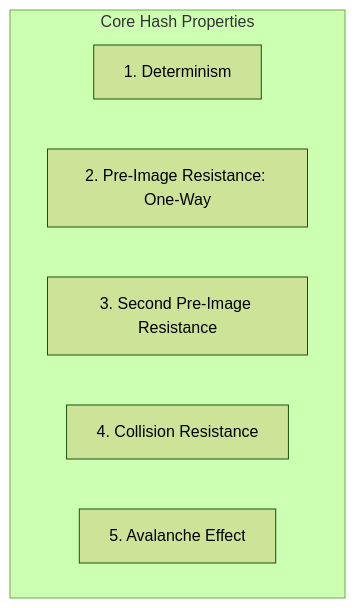
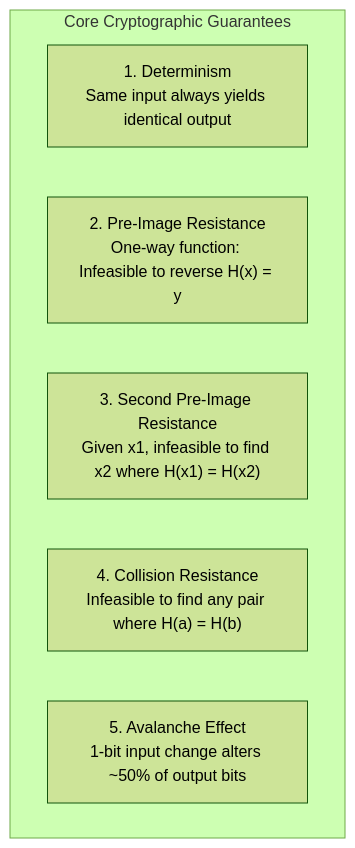
One commit to ub-society/modules changed the second of 6 diagrams in docs/learn/fundamentals/01-distributed-trust/02-cryptographic-hash-functions-and-merkle-trees.md. Above: the diagram before and after it, drawn with Mermaid (forest theme). The commit also changed other lines of this file and 3 other files, not shown here.

````diff
--- a/docs/learn/fundamentals/01-distributed-trust/02-cryptographic-hash-functions-and-merkle-trees.md
+++ b/docs/learn/fundamentals/01-distributed-trust/02-cryptographic-hash-functions-and-merkle-trees.md
@@ -16,10 +39,10 @@
 ```mermaid
 flowchart TD
-    subgraph Core Hash Properties
-        P1[1. Determinism]
-        P2[2. Pre-Image Resistance: One-Way]
-        P3[3. Second Pre-Image Resistance]
-        P4[4. Collision Resistance]
-        P5[5. Avalanche Effect]
+    subgraph Core Cryptographic Guarantees
+        P1["1. Determinism<br/>Same input always yields identical output"]
+        P2["2. Pre-Image Resistance<br/>One-way function: Infeasible to reverse H(x) = y"]
+        P3["3. Second Pre-Image Resistance<br/>Given x1, infeasible to find x2 where H(x1) = H(x2)"]
+        P4["4. Collision Resistance<br/>Infeasible to find any pair where H(a) = H(b)"]
+        P5["5. Avalanche Effect<br/>1-bit input change alters ~50% of output bits"]
     end
 ```
````
